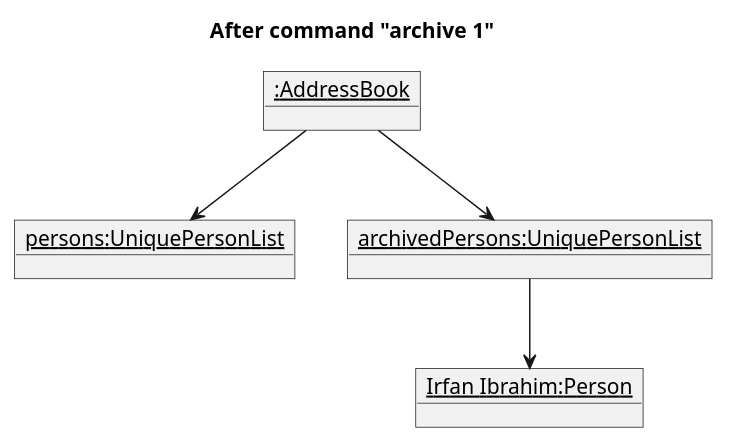
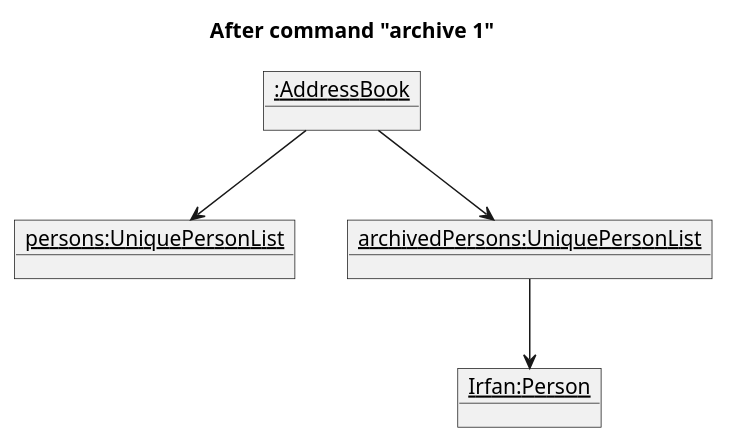
One commit to KSSWSept20/tp changed the diagram in docs/diagrams/ArchiveCommandObjectDiagram1.puml. Above: the diagram before and after it, drawn with PlantUML.

```diff
--- a/docs/diagrams/ArchiveCommandObjectDiagram1.puml
+++ b/docs/diagrams/ArchiveCommandObjectDiagram1.puml
@@ -1,18 +1,18 @@
 @startuml
 
 title After command "archive 1"
 
 object "<u>:AddressBook</u>" as addressBook
 
 object "<u>persons:UniquePersonList</u>" as personsObj
 
 object "<u>archivedPersons:UniquePersonList</u>" as archivedPersonsObj
 
-object "<u>Irfan Ibrahim:Person</u>" as Irfan
+object "<u>Irfan:Person</u>" as Irfan
 
 addressBook -down-> personsObj
 addressBook -down-> archivedPersonsObj
 personsObj -[hidden]right-> archivedPersonsObj
 archivedPersonsObj -down-> Irfan
 
 @enduml
```
